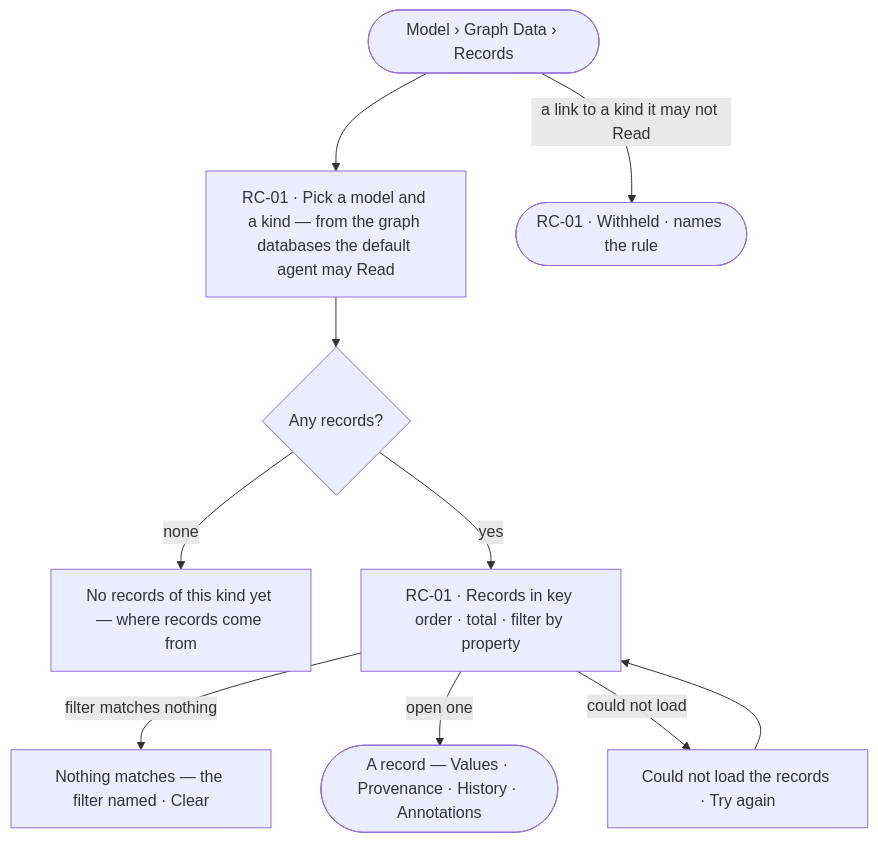
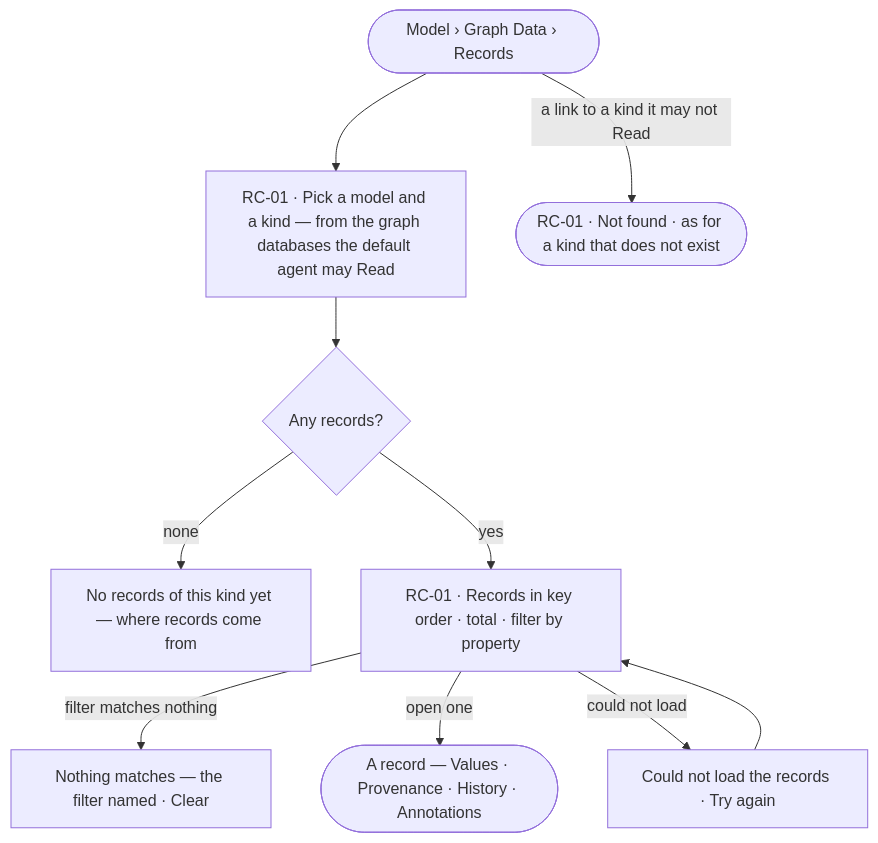
Before and after one commit to invana/invana: the diagram in specs/capabilities/records/features/RC-F01-records-by-kind/feature.md, drawn with Mermaid. The commit also changed other lines of this file and 69 other files, not shown here.

````diff
--- a/specs/capabilities/records/features/RC-F01-records-by-kind/feature.md
+++ b/specs/capabilities/records/features/RC-F01-records-by-kind/feature.md
@@ -21,11 +21,11 @@
 ```mermaid
 flowchart TD
   start([Model › Graph Data › Records]) --> k["RC-01 · Pick a model and a kind — from the graph databases the default agent may Read"]
-  start -->|a link to a kind it may not Read| wh(["RC-01 · Withheld · names the rule"])
+  start -->|a link to a kind it may not Read| wh(["RC-01 · Not found · as for a kind that does not exist"])
   k --> any{Any records?}
   any -->|none| e0["No records of this kind yet — where records come from"]
   any -->|yes| list["RC-01 · Records in key order · total · filter by property"]
   list -->|filter matches nothing| ef["Nothing matches — the filter named · Clear"]
   list -->|open one| rec(["A record — Values · Provenance · History · Annotations"])
   list -->|could not load| f["Could not load the records · Try again"] --> list
 ```
````
